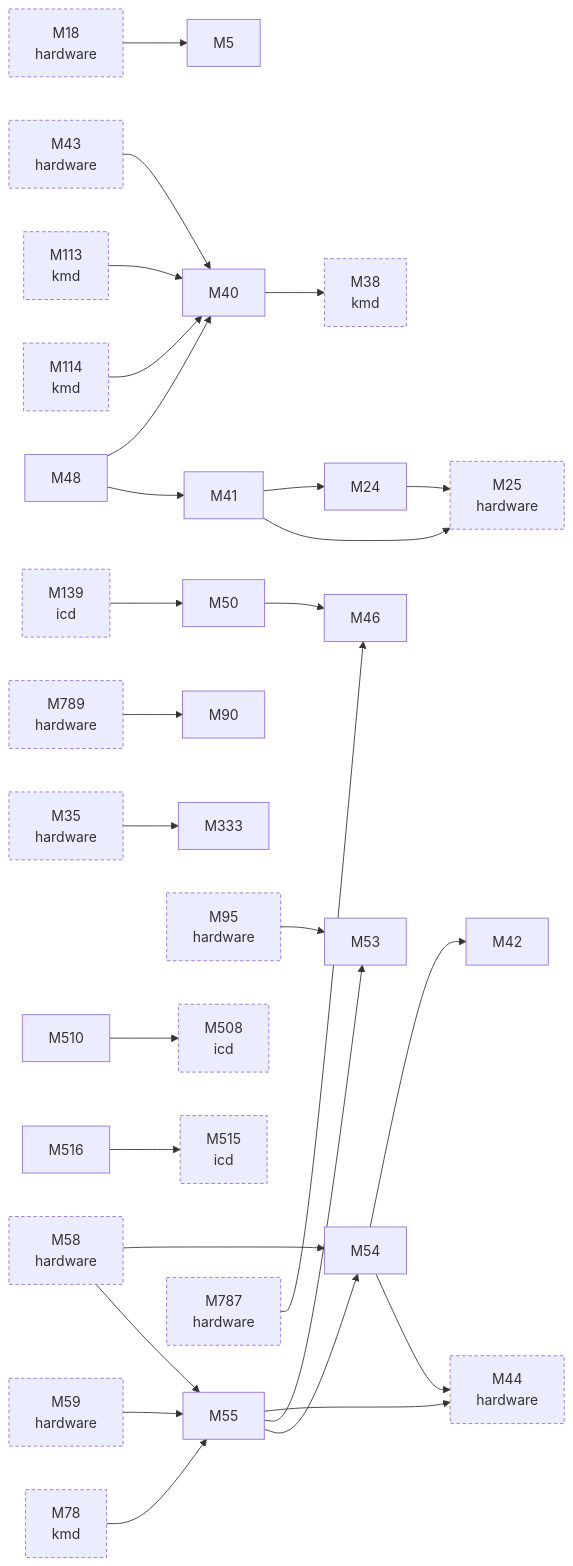
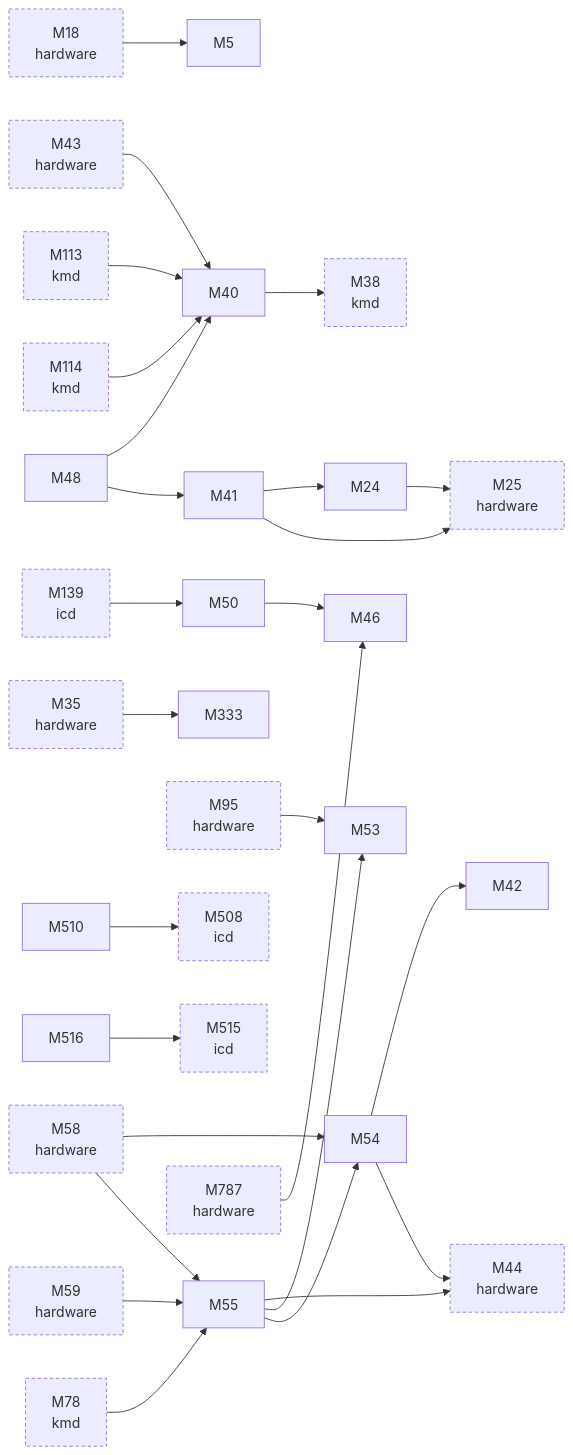
Before and after one commit to D-Ogi/amdgpu-wddm: the second of 2 diagrams in docs/facts/graphs/linux.md, drawn with Mermaid. The commit also changed other lines of this file and 16 other files, not shown here.

````diff
--- a/docs/facts/graphs/linux.md
+++ b/docs/facts/graphs/linux.md
@@ -32,64 +35,61 @@
 ```mermaid
 flowchart LR
   M5["M5"]
   M18["M18<br/>hardware"]
   M24["M24"]
   M25["M25<br/>hardware"]
   M35["M35<br/>hardware"]
   M38["M38<br/>kmd"]
   M40["M40"]
   M41["M41"]
   M42["M42"]
   M43["M43<br/>hardware"]
   M44["M44<br/>hardware"]
   M46["M46"]
   M48["M48"]
   M50["M50"]
   M53["M53"]
   M54["M54"]
   M55["M55"]
   M58["M58<br/>hardware"]
   M59["M59<br/>hardware"]
   M78["M78<br/>kmd"]
-  M90["M90"]
   M95["M95<br/>hardware"]
   M113["M113<br/>kmd"]
   M114["M114<br/>kmd"]
   M139["M139<br/>icd"]
   M333["M333"]
   M508["M508<br/>icd"]
   M510["M510"]
   M515["M515<br/>icd"]
   M516["M516"]
   M787["M787<br/>hardware"]
-  M789["M789<br/>hardware"]
   M18 --> M5
   M35 --> M333
   M43 --> M40
   M58 --> M54
   M58 --> M55
   M59 --> M55
   M95 --> M53
   M787 --> M46
-  M789 --> M90
   M78 --> M55
   M113 --> M40
   M114 --> M40
   M139 --> M50
   M24 --> M25
   M40 --> M38
   M41 --> M24
   M41 --> M25
   M48 --> M40
   M48 --> M41
   M50 --> M46
   M54 --> M42
   M54 --> M44
   M55 --> M44
   M55 --> M53
   M55 --> M54
   M510 --> M508
   M516 --> M515
   classDef other stroke-dasharray:4 3
-  class M18,M25,M35,M38,M43,M44,M58,M59,M78,M95,M113,M114,M139,M508,M515,M787,M789 other
+  class M18,M25,M35,M38,M43,M44,M58,M59,M78,M95,M113,M114,M139,M508,M515,M787 other
 ```
````
